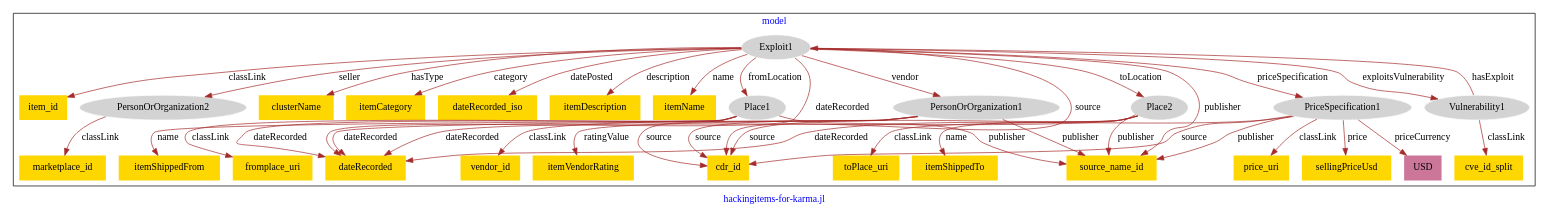
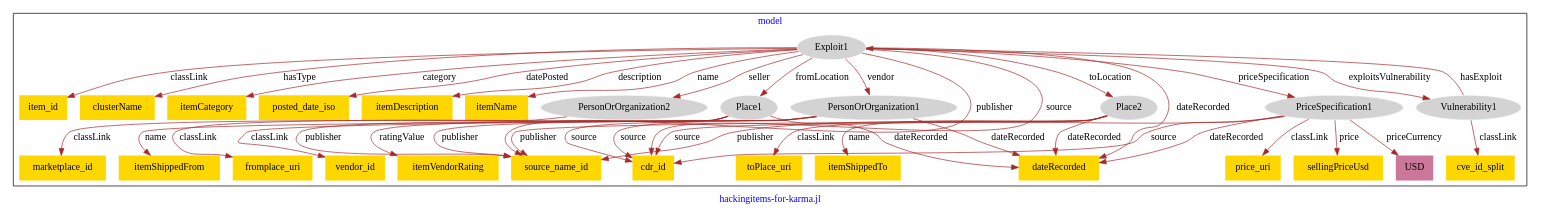
The diagram in models/asu-hacking-items/hacking_items-model.dot (usc-isi-i2/effect-alignment), drawn with Graphviz before and after one commit.

Commit message:
Update file hacking_items-model.dot

```diff
--- a/models/asu-hacking-items/hacking_items-model.dot
+++ b/models/asu-hacking-items/hacking_items-model.dot
@@ -1,74 +1,74 @@
 digraph n0 {
 fontcolor="blue"
 remincross="true"
 label="hackingitems-for-karma.jl"
 subgraph cluster {
 label="model"
 n2[style="filled",color="white",fillcolor="lightgray",label="Exploit1"];
 n3[shape="plaintext",style="filled",fillcolor="gold",label="item_id"];
-n4[shape="plaintext",style="filled",fillcolor="gold",label="dateRecorded"];
-n5[shape="plaintext",style="filled",fillcolor="gold",label="clusterName"];
-n6[shape="plaintext",style="filled",fillcolor="gold",label="itemCategory"];
-n7[shape="plaintext",style="filled",fillcolor="gold",label="dateRecorded_iso"];
-n8[shape="plaintext",style="filled",fillcolor="gold",label="itemDescription"];
-n9[shape="plaintext",style="filled",fillcolor="gold",label="itemName"];
+n4[shape="plaintext",style="filled",fillcolor="gold",label="clusterName"];
+n5[shape="plaintext",style="filled",fillcolor="gold",label="itemCategory"];
+n6[shape="plaintext",style="filled",fillcolor="gold",label="posted_date_iso"];
+n7[shape="plaintext",style="filled",fillcolor="gold",label="itemDescription"];
+n8[shape="plaintext",style="filled",fillcolor="gold",label="itemName"];
+n9[shape="plaintext",style="filled",fillcolor="gold",label="source_name_id"];
 n10[style="filled",color="white",fillcolor="lightgray",label="PersonOrOrganization1"];
 n11[shape="plaintext",style="filled",fillcolor="gold",label="vendor_id"];
 n12[shape="plaintext",style="filled",fillcolor="gold",label="itemVendorRating"];
 n13[style="filled",color="white",fillcolor="lightgray",label="PersonOrOrganization2"];
 n14[shape="plaintext",style="filled",fillcolor="gold",label="marketplace_id"];
 n15[style="filled",color="white",fillcolor="lightgray",label="Vulnerability1"];
 n16[shape="plaintext",style="filled",fillcolor="gold",label="cve_id_split"];
 n17[style="filled",color="white",fillcolor="lightgray",label="Place1"];
 n18[shape="plaintext",style="filled",fillcolor="gold",label="fromplace_uri"];
 n19[shape="plaintext",style="filled",fillcolor="gold",label="itemShippedFrom"];
 n20[style="filled",color="white",fillcolor="lightgray",label="Place2"];
 n21[shape="plaintext",style="filled",fillcolor="gold",label="toPlace_uri"];
 n22[shape="plaintext",style="filled",fillcolor="gold",label="itemShippedTo"];
 n23[style="filled",color="white",fillcolor="lightgray",label="PriceSpecification1"];
 n24[shape="plaintext",style="filled",fillcolor="gold",label="price_uri"];
-n25[shape="plaintext",style="filled",fillcolor="gold",label="sellingPriceUsd"];
-n26[shape="plaintext",style="filled",fillcolor="#CC7799",label="USD"];
-n27[shape="plaintext",style="filled",fillcolor="gold",label="source_name_id"];
+n25[shape="plaintext",style="filled",fillcolor="gold",label="dateRecorded"];
+n26[shape="plaintext",style="filled",fillcolor="gold",label="sellingPriceUsd"];
+n27[shape="plaintext",style="filled",fillcolor="#CC7799",label="USD"];
 n28[shape="plaintext",style="filled",fillcolor="gold",label="cdr_id"];
 }
 n2 -> n3[color="brown",fontcolor="black",label="classLink"]
-n2 -> n4[color="brown",fontcolor="black",label="dateRecorded"]
-n2 -> n5[color="brown",fontcolor="black",label="hasType"]
-n2 -> n6[color="brown",fontcolor="black",label="category"]
-n2 -> n7[color="brown",fontcolor="black",label="datePosted"]
-n2 -> n8[color="brown",fontcolor="black",label="description"]
-n2 -> n9[color="brown",fontcolor="black",label="name"]
+n2 -> n4[color="brown",fontcolor="black",label="hasType"]
+n2 -> n5[color="brown",fontcolor="black",label="category"]
+n2 -> n6[color="brown",fontcolor="black",label="datePosted"]
+n2 -> n7[color="brown",fontcolor="black",label="description"]
+n2 -> n8[color="brown",fontcolor="black",label="name"]
+n2 -> n9[color="brown",fontcolor="black",label="publisher"]
 n10 -> n11[color="brown",fontcolor="black",label="classLink"]
-n10 -> n4[color="brown",fontcolor="black",label="dateRecorded"]
+n10 -> n9[color="brown",fontcolor="black",label="publisher"]
 n10 -> n12[color="brown",fontcolor="black",label="ratingValue"]
 n13 -> n14[color="brown",fontcolor="black",label="classLink"]
 n15 -> n16[color="brown",fontcolor="black",label="classLink"]
 n17 -> n18[color="brown",fontcolor="black",label="classLink"]
-n17 -> n4[color="brown",fontcolor="black",label="dateRecorded"]
 n17 -> n19[color="brown",fontcolor="black",label="name"]
+n17 -> n9[color="brown",fontcolor="black",label="publisher"]
 n20 -> n21[color="brown",fontcolor="black",label="classLink"]
-n20 -> n4[color="brown",fontcolor="black",label="dateRecorded"]
 n20 -> n22[color="brown",fontcolor="black",label="name"]
+n20 -> n9[color="brown",fontcolor="black",label="publisher"]
 n23 -> n24[color="brown",fontcolor="black",label="classLink"]
-n23 -> n4[color="brown",fontcolor="black",label="dateRecorded"]
-n23 -> n25[color="brown",fontcolor="black",label="price"]
-n23 -> n26[color="brown",fontcolor="black",label="priceCurrency"]
-n23 -> n27[color="brown",fontcolor="black",label="publisher"]
+n23 -> n25[color="brown",fontcolor="black",label="dateRecorded"]
+n23 -> n26[color="brown",fontcolor="black",label="price"]
+n23 -> n27[color="brown",fontcolor="black",label="priceCurrency"]
+n23 -> n9[color="brown",fontcolor="black",label="publisher"]
 n23 -> n28[color="brown",fontcolor="black",label="source"]
-n17 -> n28[color="brown",fontcolor="black",label="source"]
+n2 -> n28[color="brown",fontcolor="black",label="source"]
+n20 -> n28[color="brown",fontcolor="black",label="source"]
 n2 -> n20[color="brown",fontcolor="black",label="toLocation"]
 n2 -> n23[color="brown",fontcolor="black",label="priceSpecification"]
-n20 -> n28[color="brown",fontcolor="black",label="source"]
+n17 -> n25[color="brown",fontcolor="black",label="dateRecorded"]
+n17 -> n28[color="brown",fontcolor="black",label="source"]
 n2 -> n10[color="brown",fontcolor="black",label="vendor"]
-n2 -> n27[color="brown",fontcolor="black",label="publisher"]
-n2 -> n28[color="brown",fontcolor="black",label="source"]
-n10 -> n27[color="brown",fontcolor="black",label="publisher"]
+n20 -> n25[color="brown",fontcolor="black",label="dateRecorded"]
+n10 -> n25[color="brown",fontcolor="black",label="dateRecorded"]
 n2 -> n17[color="brown",fontcolor="black",label="fromLocation"]
-n17 -> n27[color="brown",fontcolor="black",label="publisher"]
+n2 -> n25[color="brown",fontcolor="black",label="dateRecorded"]
 n15 -> n2[color="brown",fontcolor="black",label="hasExploit"]
-n20 -> n27[color="brown",fontcolor="black",label="publisher"]
+n10 -> n28[color="brown",fontcolor="black",label="source"]
 n2 -> n15[color="brown",fontcolor="black",label="exploitsVulnerability"]
 n2 -> n13[color="brown",fontcolor="black",label="seller"]
-n10 -> n28[color="brown",fontcolor="black",label="source"]
 }
```
